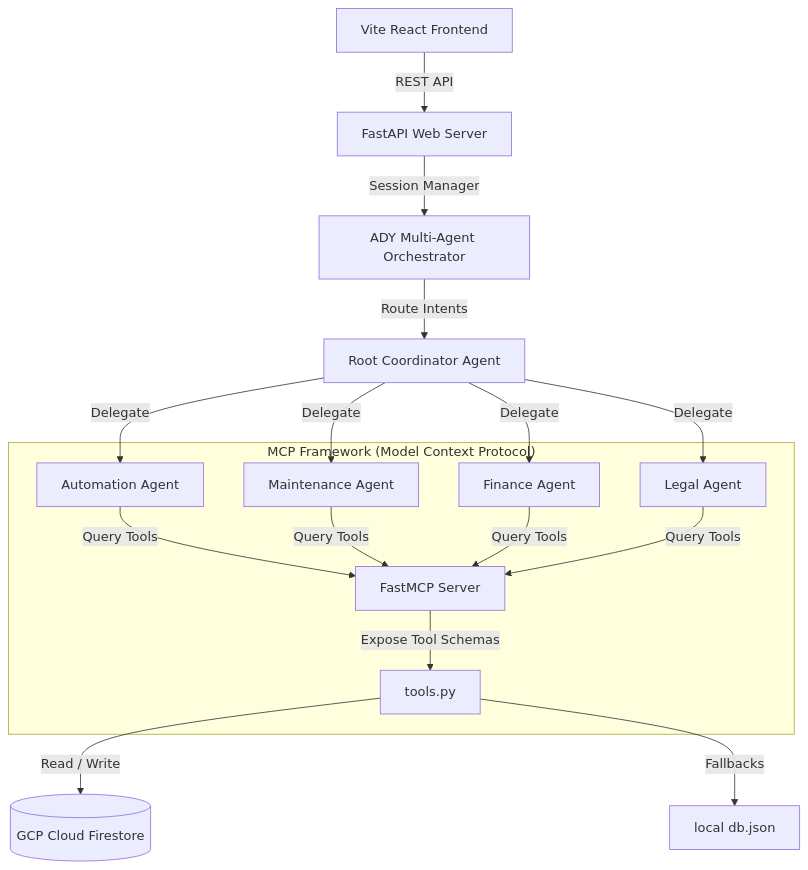
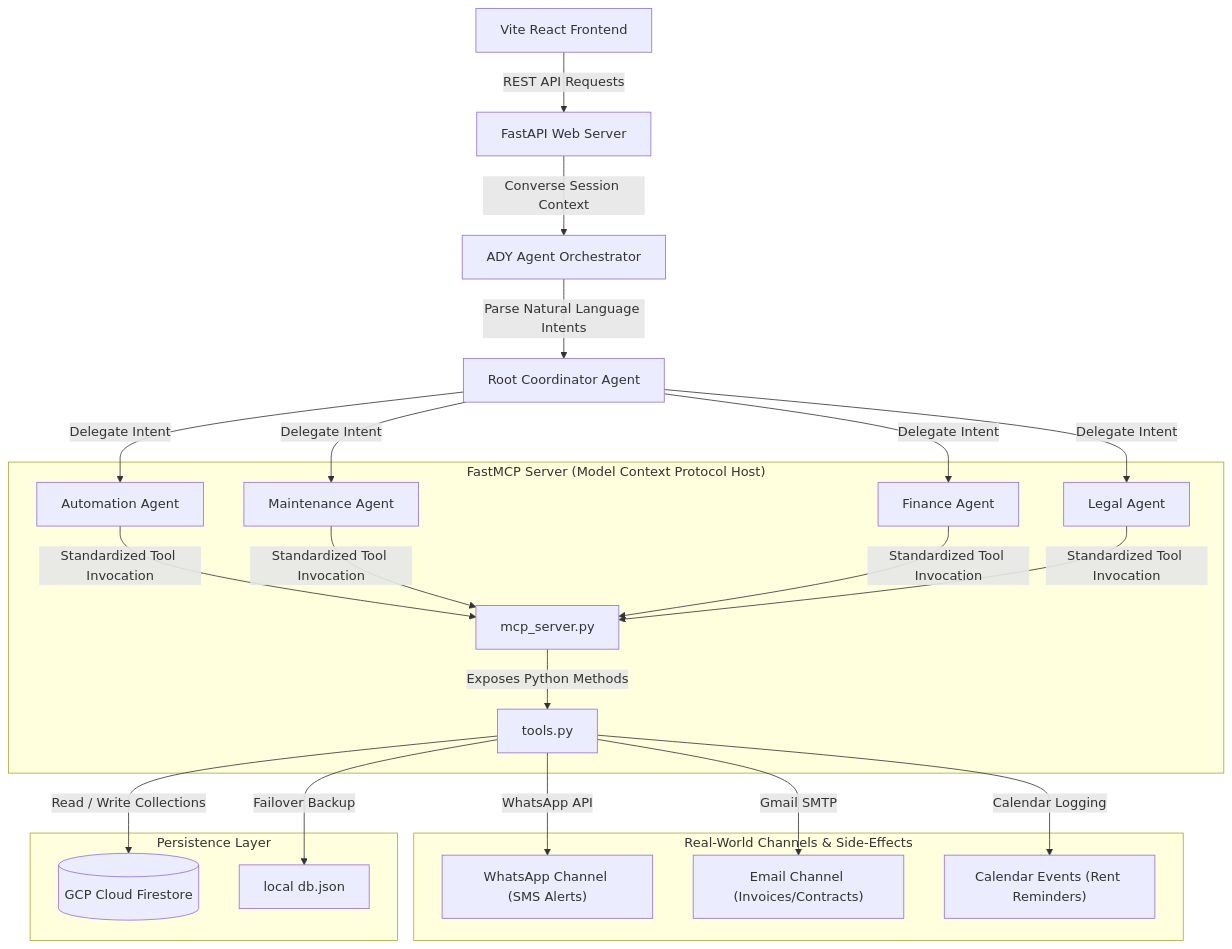
Before and after one commit to shatrusudan/capstone-propgenie: the first of 2 diagrams in README.md, drawn with Mermaid. The commit also changed other lines of this file, not shown here.

Commit message:
Detail MCP server notification channels and system design in README.md

````diff
--- a/README.md
+++ b/README.md
@@ -53,19 +58,27 @@
 ```mermaid
 graph TD
-  UI[Vite React Frontend] -->|REST API| API[FastAPI Web Server]
-  API -->|Session Manager| AGY[ADY Multi-Agent Orchestrator]
-  AGY -->|Route Intents| RootAgent[Root Coordinator Agent]
+  UI[Vite React Frontend] -->|REST API Requests| API[FastAPI Web Server]
+  API -->|Converse Session Context| AGY[ADY Agent Orchestrator]
+  AGY -->|Parse Natural Language Intents| RootAgent[Root Coordinator Agent]
   
-  RootAgent -->|Delegate| Auto[Automation Agent]
-  RootAgent -->|Delegate| Maint[Maintenance Agent]
-  RootAgent -->|Delegate| Fin[Finance Agent]
-  RootAgent -->|Delegate| Leg[Legal Agent]
+  RootAgent -->|Delegate Intent| Auto[Automation Agent]
+  RootAgent -->|Delegate Intent| Maint[Maintenance Agent]
+  RootAgent -->|Delegate Intent| Fin[Finance Agent]
+  RootAgent -->|Delegate Intent| Leg[Legal Agent]
 
-  subgraph "MCP Framework (Model Context Protocol)"
-    Auto & Maint & Fin & Leg -->|Query Tools| MCPHost[FastMCP Server]
-    MCPHost -->|Expose Tool Schemas| Tools[tools.py]
+  subgraph "FastMCP Server (Model Context Protocol Host)"
+    Auto & Maint & Fin & Leg -->|Standardized Tool Invocation| MCPHost[mcp_server.py]
+    MCPHost -->|Exposes Python Methods| Tools[tools.py]
   end
 
-  Tools -->|Read / Write| Firestore[(GCP Cloud Firestore)]
-  Tools -->|Fallbacks| DB[local db.json]
+  subgraph "Real-World Channels & Side-Effects"
+    Tools -->|WhatsApp API| WA["WhatsApp Channel (SMS Alerts)"]
+    Tools -->|Gmail SMTP| Email["Email Channel (Invoices/Contracts)"]
+    Tools -->|Calendar Logging| Cal["Calendar Events (Rent Reminders)"]
+  end
+
+  subgraph "Persistence Layer"
+    Tools -->|Read / Write Collections| Firestore[(GCP Cloud Firestore)]
+    Tools -->|Failover Backup| DB[local db.json]
+  end
 ```
````
